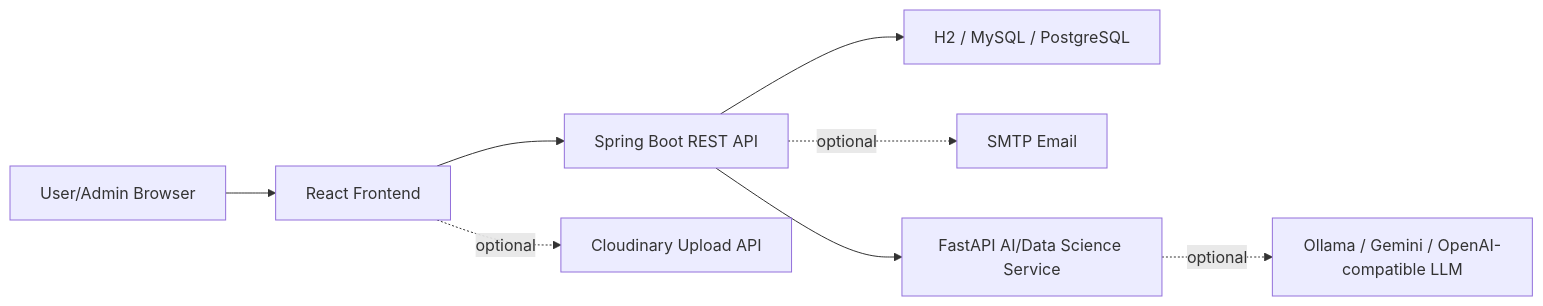
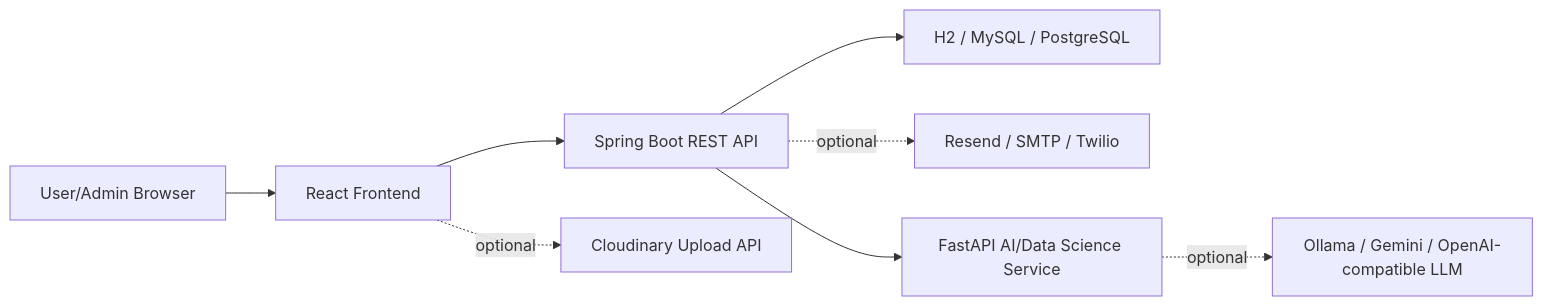
Before and after one commit to tausifalam6879/Loan_Verification_System: the diagram in README.md, drawn with Mermaid. The commit also changed other lines of this file and 16 other files, not shown here.

````diff
--- a/README.md
+++ b/README.md
@@ -62,10 +62,10 @@
 ```mermaid
 flowchart LR
     user["User/Admin Browser"] --> react["React Frontend"]
     react --> api["Spring Boot REST API"]
     api --> database["H2 / MySQL / PostgreSQL"]
-    api -.optional.-> smtp["SMTP Email"]
+    api -.optional.-> notifications["Resend / SMTP / Twilio"]
     react -.optional.-> cloudinary["Cloudinary Upload API"]
     api --> ai["FastAPI AI/Data Science Service"]
     ai -.optional.-> llm["Ollama / Gemini / OpenAI-compatible LLM"]
 ```
````
